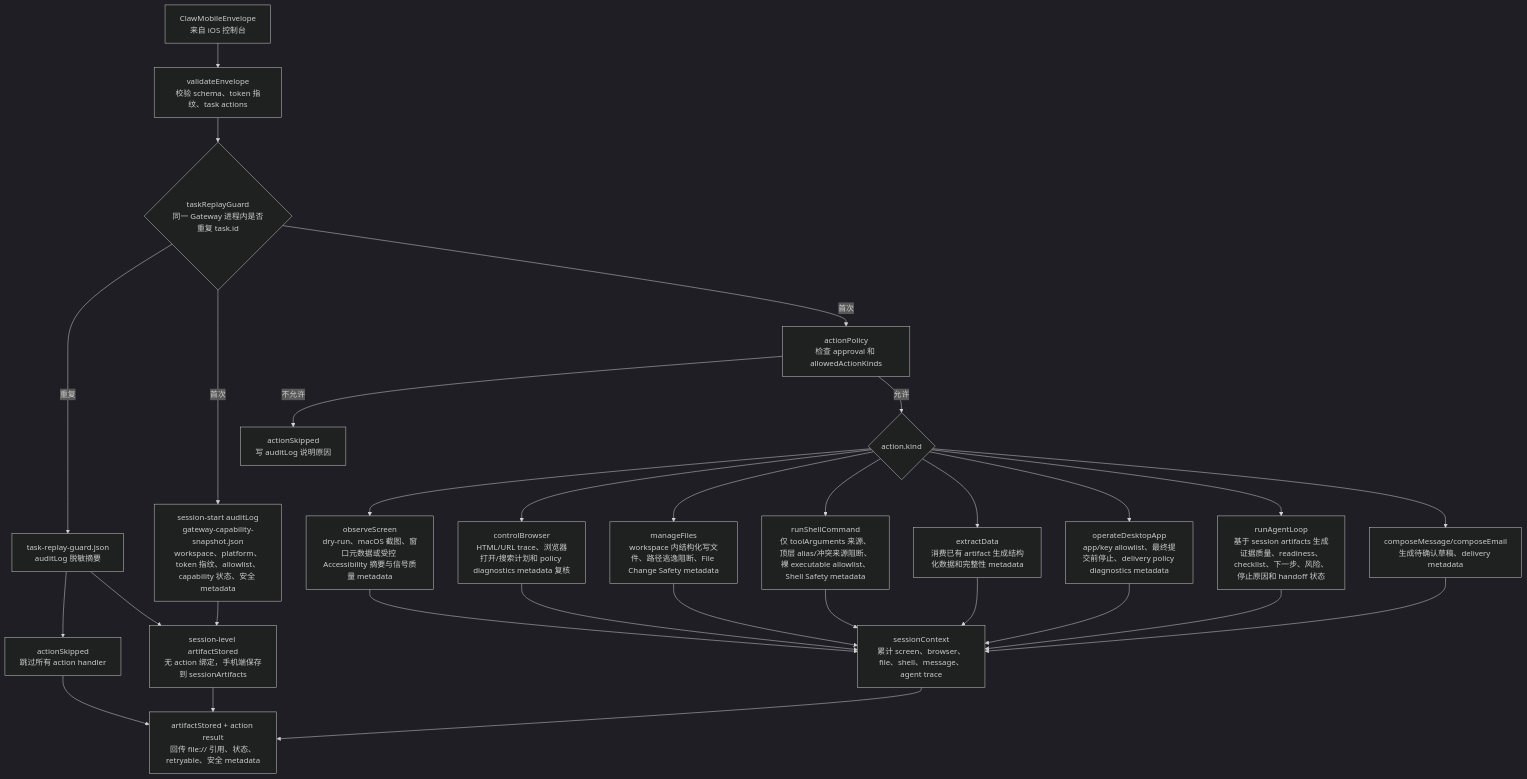
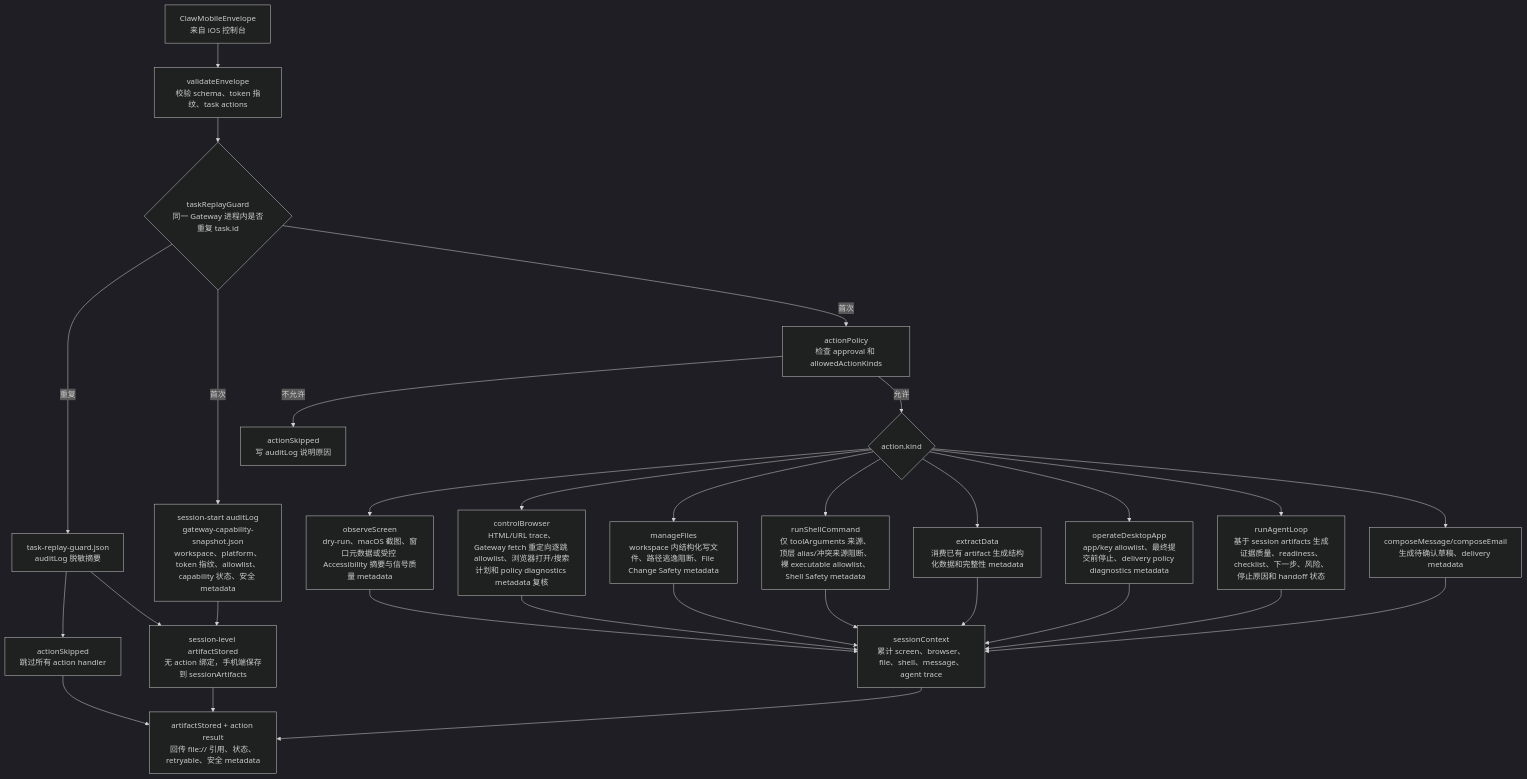
Before and after one commit to Altman-sam114/115: the second of 3 diagrams in md/flow/flowchart.md, drawn with Mermaid (dark theme). The commit also changed 15 other files, not shown here.

````diff
--- a/md/flow/flowchart.md
+++ b/md/flow/flowchart.md
@@ -74,32 +74,32 @@
 ```mermaid
 flowchart TD
   ENV["ClawMobileEnvelope<br/>来自 iOS 控制台"] --> VAL["validateEnvelope<br/>校验 schema、token 指纹、task actions"]
   VAL --> REPLAY{"taskReplayGuard<br/>同一 Gateway 进程内是否重复 task.id"}
   REPLAY -->|"重复"| RG["task-replay-guard.json<br/>auditLog 脱敏摘要"]
   RG --> RGS["actionSkipped<br/>跳过所有 action handler"]
   RG --> SOUT
   RGS --> OUT
   REPLAY -->|"首次"| SNAP["session-start auditLog<br/>gateway-capability-snapshot.json<br/>workspace、platform、token 指纹、allowlist、capability 状态、安全 metadata"]
   REPLAY -->|"首次"| POL["actionPolicy<br/>检查 approval 和 allowedActionKinds"]
   POL -->|不允许| SKIP["actionSkipped<br/>写 auditLog 说明原因"]
   POL -->|允许| KIND{"action.kind"}
   KIND --> OBS["observeScreen<br/>dry-run、macOS 截图、窗口元数据或受控 Accessibility 摘要与信号质量 metadata"]
-  KIND --> BRO["controlBrowser<br/>HTML/URL trace、浏览器打开/搜索计划和 policy diagnostics metadata 复核"]
+  KIND --> BRO["controlBrowser<br/>HTML/URL trace、Gateway fetch 重定向逐跳 allowlist、浏览器打开/搜索计划和 policy diagnostics metadata 复核"]
   KIND --> FILE["manageFiles<br/>workspace 内结构化写文件、路径逃逸阻断、File Change Safety metadata"]
   KIND --> SH["runShellCommand<br/>仅 toolArguments 来源、顶层 alias/冲突来源阻断、裸 executable allowlist、Shell Safety metadata"]
   KIND --> EXT["extractData<br/>消费已有 artifact 生成结构化数据和完整性 metadata"]
   KIND --> APP["operateDesktopApp<br/>app/key allowlist、最终提交前停止、delivery policy diagnostics metadata"]
   KIND --> AG["runAgentLoop<br/>基于 session artifacts 生成证据质量、readiness、checklist、下一步、风险、停止原因和 handoff 状态"]
   KIND --> MSG["composeMessage/composeEmail<br/>生成待确认草稿、delivery metadata"]
   OBS --> CTX["sessionContext<br/>累计 screen、browser、file、shell、message、agent trace"]
   BRO --> CTX
   FILE --> CTX
   SH --> CTX
   EXT --> CTX
   APP --> CTX
   AG --> CTX
   MSG --> CTX
   SNAP --> SOUT["session-level artifactStored<br/>无 action 绑定，手机端保存到 sessionArtifacts"]
   CTX --> OUT["artifactStored + action result<br/>回传 file:// 引用、状态、retryable、安全 metadata"]
   SOUT --> OUT
 ```
````
